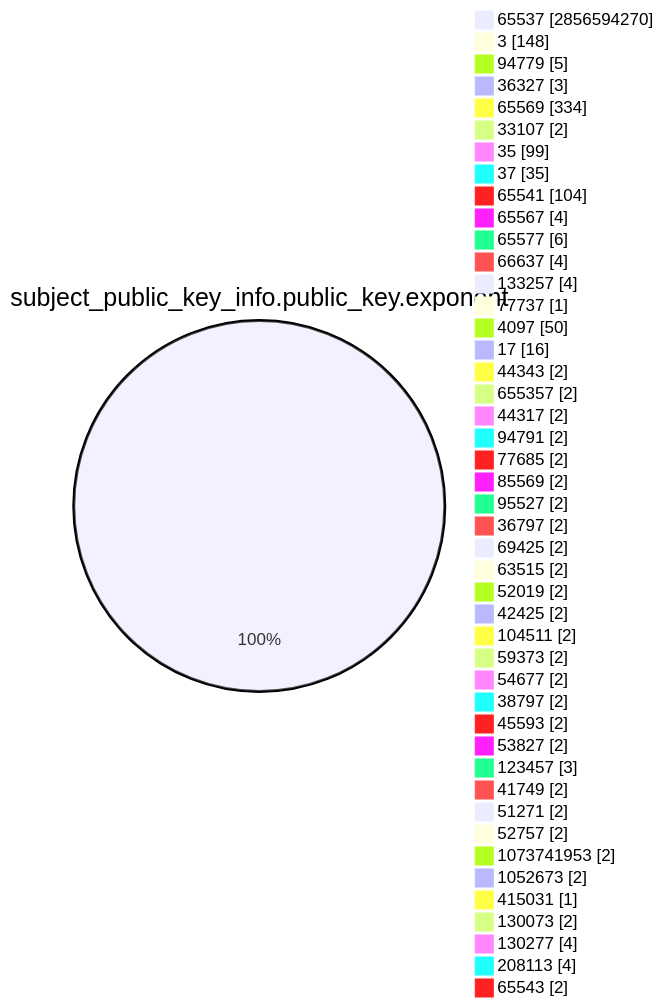
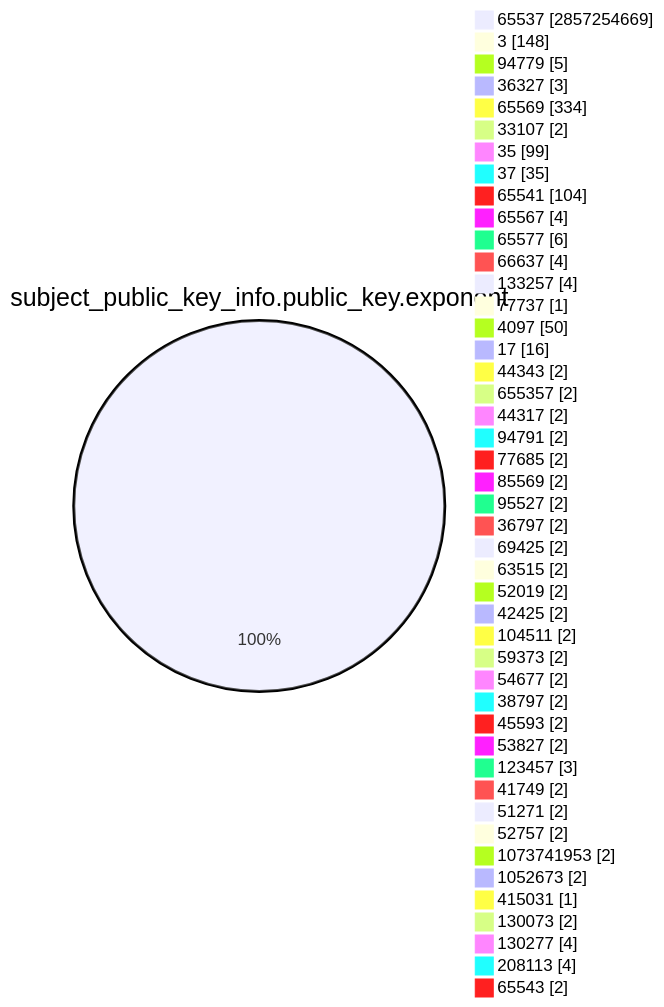
One commit to christiankrug/ctmonitor_visualization changed the fourth of 15 diagrams in TOTAL/README.md. Above: the diagram before and after it, drawn with Mermaid. The commit also changed other lines of this file, not shown here.

````diff
--- a/TOTAL/README.md
+++ b/TOTAL/README.md
@@ -1468,49 +1468,49 @@
 ```mermaid
 pie showData
 title subject_public_key_info.public_key.exponent
-"65537" :2856594270
+"65537" :2857254669
 "3" :148
 "94779" :5
 "36327" :3
 "65569" :334
 "33107" :2
 "35" :99
 "37" :35
 "65541" :104
 "65567" :4
 "65577" :6
 "66637" :4
 "133257" :4
 "77737" :1
 "4097" :50
 "17" :16
 "44343" :2
 "655357" :2
 "44317" :2
 "94791" :2
 "77685" :2
 "85569" :2
 "95527" :2
 "36797" :2
 "69425" :2
 "63515" :2
 "52019" :2
 "42425" :2
 "104511" :2
 "59373" :2
 "54677" :2
 "38797" :2
 "45593" :2
 "53827" :2
 "123457" :3
 "41749" :2
 "51271" :2
 "52757" :2
 "1073741953" :2
 "1052673" :2
 "415031" :1
 "130073" :2
 "130277" :4
 "208113" :4
 "65543" :2
 ```
````
